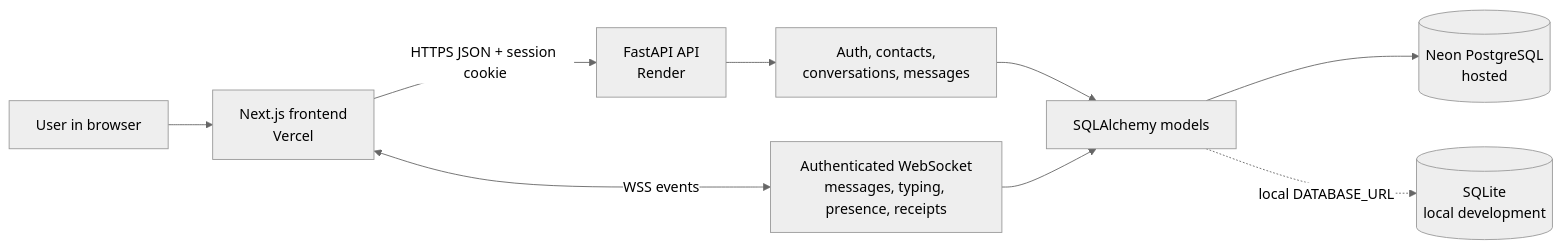
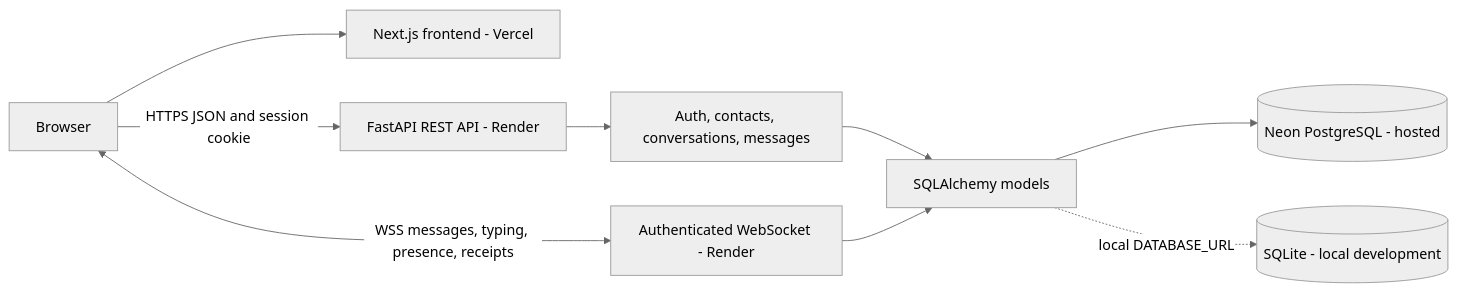
Before and after one commit to Diyakalra1/signal-clone: the diagram in README.md, drawn with Mermaid (neutral theme). The commit also changed other lines of this file, not shown here.

Commit message:
Clarify README architecture diagram rendering

````diff
--- a/README.md
+++ b/README.md
@@ -92,20 +94,20 @@
 ```mermaid
 flowchart LR
-    U[User in browser]
-    FE[Next.js frontend<br/>Vercel]
-    API[FastAPI API<br/>Render]
-    AUTH[Auth, contacts,<br/>conversations, messages]
-    WS[Authenticated WebSocket<br/>messages, typing, presence, receipts]
-    ORM[SQLAlchemy models]
-    PG[(Neon PostgreSQL<br/>hosted)]
-    SQ[(SQLite<br/>local development)]
+    BROWSER[Browser]
+    FRONTEND[Next.js frontend - Vercel]
+    REST[FastAPI REST API - Render]
+    SOCKET[Authenticated WebSocket - Render]
+    ROUTES[Auth, contacts, conversations, messages]
+    MODELS[SQLAlchemy models]
+    POSTGRES[(Neon PostgreSQL - hosted)]
+    SQLITE[(SQLite - local development)]
 
-    U --> FE
-    FE -->|HTTPS JSON + session cookie| API
-    FE <-->|WSS events| WS
-    API --> AUTH
-    AUTH --> ORM
-    WS --> ORM
-    ORM --> PG
-    ORM -. local DATABASE_URL .-> SQ
+    BROWSER --> FRONTEND
+    BROWSER -->|HTTPS JSON and session cookie| REST
+    BROWSER <-->|WSS messages, typing, presence, receipts| SOCKET
+    REST --> ROUTES
+    ROUTES --> MODELS
+    SOCKET --> MODELS
+    MODELS --> POSTGRES
+    MODELS -. local DATABASE_URL .-> SQLITE
 ```
````
